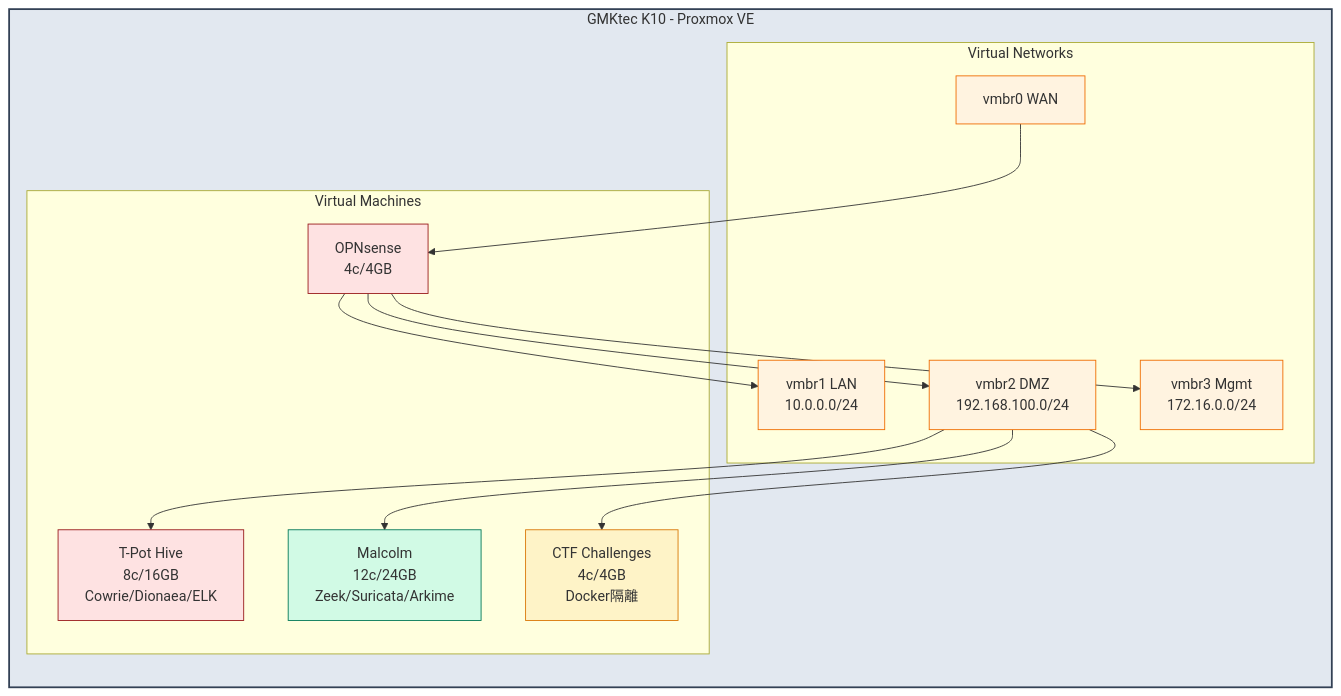
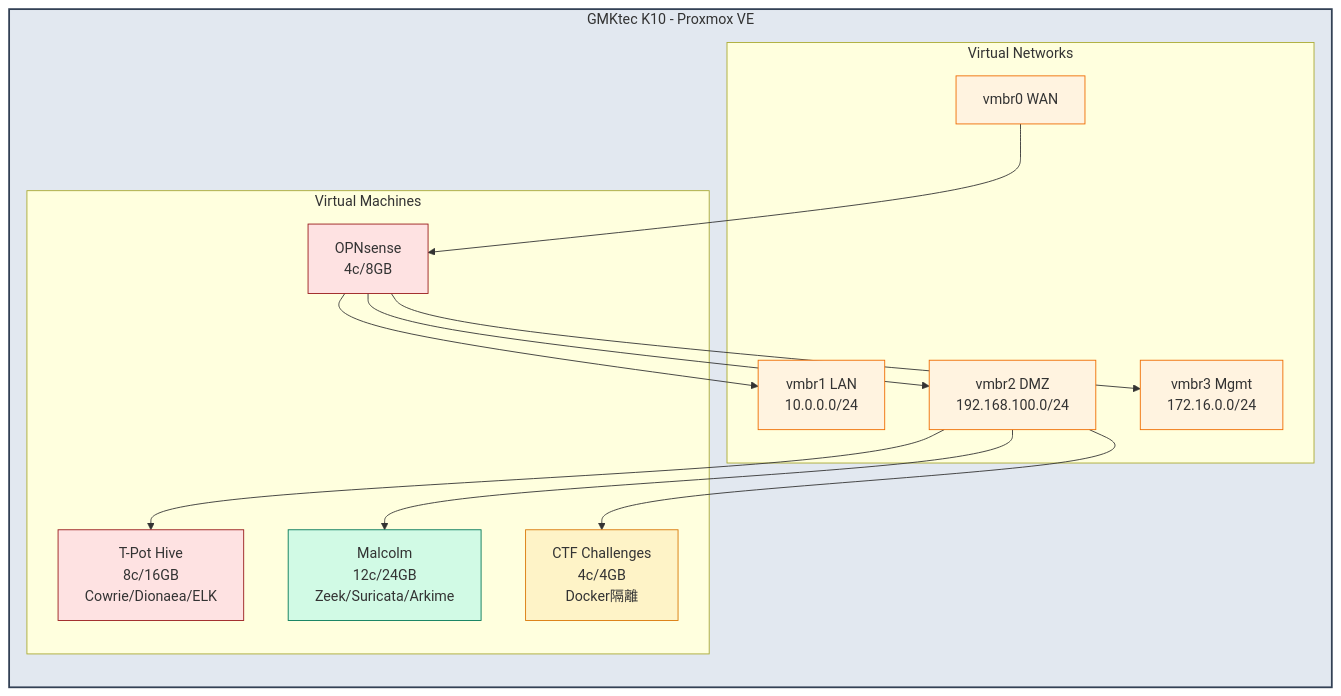
The second of 7 diagrams in README.md (yamisskey-dev/yamisskey-host), drawn with Mermaid before and after one commit.

````diff
--- a/README.md
+++ b/README.md
@@ -60,32 +60,32 @@
 ```mermaid
 graph TB
     classDef host fill:#e2e8f0,stroke:#334155,stroke-width:2px
     classDef net fill:#fff3e0,stroke:#ef6c00
     classDef sec fill:#fee2e2,stroke:#991b1b
     classDef mon fill:#d1fae5,stroke:#047857
     classDef ctf fill:#fef3c7,stroke:#d97706
 
     subgraph proxmox[GMKtec K10 - Proxmox VE]
         direction TB
 
         subgraph networks[Virtual Networks]
             vmbr0[vmbr0 WAN]:::net
             vmbr1[vmbr1 LAN<br/>10.0.0.0/24]:::net
             vmbr2[vmbr2 DMZ<br/>192.168.100.0/24]:::net
             vmbr3[vmbr3 Mgmt<br/>172.16.0.0/24]:::net
         end
 
         subgraph vms[Virtual Machines]
-            opnsense[OPNsense<br/>4c/4GB]:::sec
+            opnsense[OPNsense<br/>4c/8GB]:::sec
             tpot[T-Pot Hive<br/>8c/16GB<br/>Cowrie/Dionaea/ELK]:::sec
             malcolm[Malcolm<br/>12c/24GB<br/>Zeek/Suricata/Arkime]:::mon
             ctf_vm[CTF Challenges<br/>4c/4GB<br/>Docker隔離]:::ctf
         end
     end
 
     vmbr0 --> opnsense
     opnsense --> vmbr1 & vmbr2 & vmbr3
     vmbr2 --> tpot & malcolm & ctf_vm
 
     class proxmox host
 ```
````
